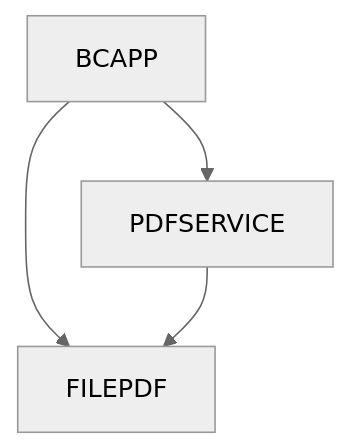
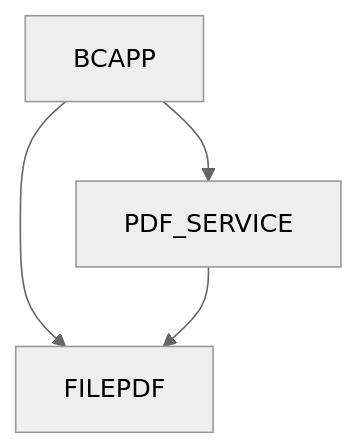
The diagram in README.md (Kravatka/brain-training), drawn with Mermaid (neutral theme) before and after one commit.

````diff
--- a/README.md
+++ b/README.md
@@ -3,6 +3,6 @@
 ```mermaid
   graph TD;
-      BCAPP-->PDFSERVICE;
+      BCAPP-->PDF_SERVICE;
       BCAPP-->FILEPDF;
-      PDFSERVICE-->FILEPDF;
+      PDF_SERVICE-->FILEPDF;
 ```
````
